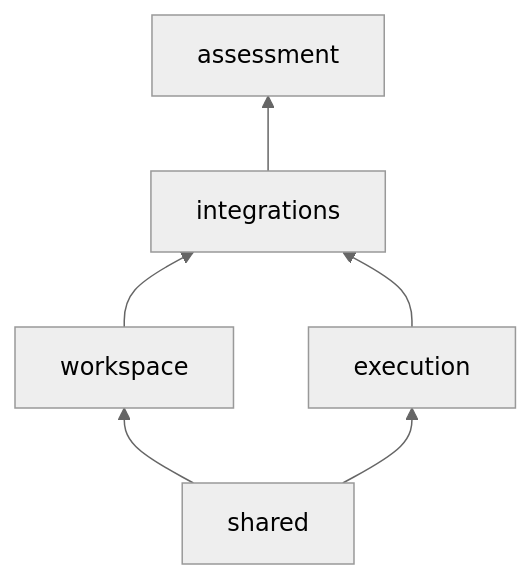
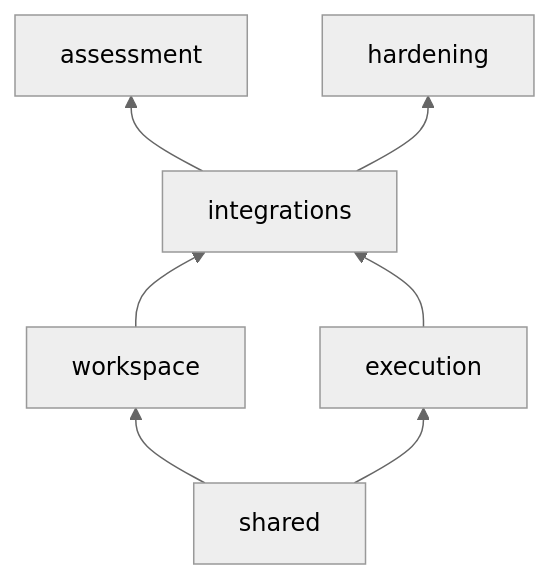
Before and after one commit to adelrodriguez/adamantite: the first of 2 diagrams in docs/architecture.md, drawn with Mermaid (neutral theme). The commit also changed other lines of this file and 11 other files, not shown here.

````diff
--- a/docs/architecture.md
+++ b/docs/architecture.md
@@ -40,8 +41,9 @@
 ```mermaid
 flowchart BT
   shared --> workspace
   shared --> execution
   workspace --> integrations
   execution --> integrations
   integrations --> assessment
+  integrations --> hardening
 ```
````
